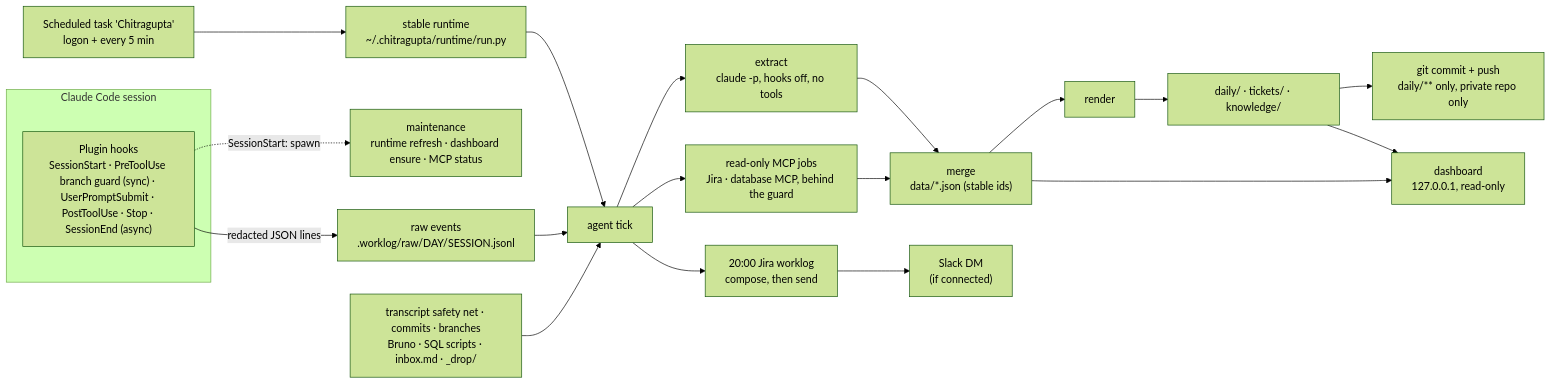
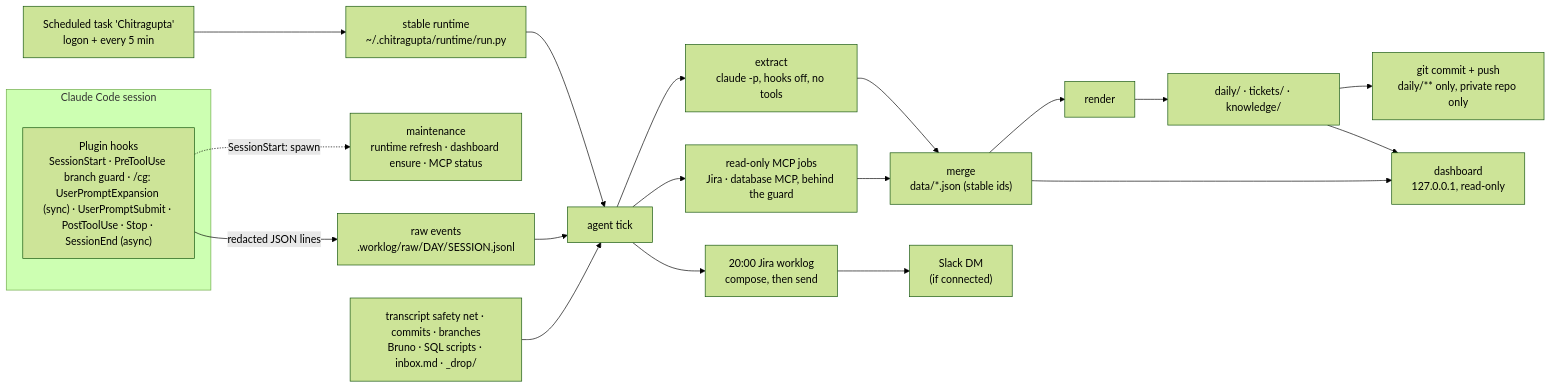
Before and after one commit to omkarjadhav-10/chitragupta: the diagram in docs/architecture.md, drawn with Mermaid (forest theme). The commit also changed other lines of this file and 8 other files, not shown here.

First line of the commit message:
FX-1: session guard keyed on prompt_id

````diff
--- a/docs/architecture.md
+++ b/docs/architecture.md
@@ -25,28 +25,28 @@
 ```mermaid
 flowchart LR
   subgraph CC["Claude Code session"]
-    H["Plugin hooks<br/>SessionStart · PreToolUse branch guard (sync) · UserPromptSubmit · PostToolUse · Stop · SessionEnd (async)"]
+    H["Plugin hooks<br/>SessionStart · PreToolUse branch guard · /cg: UserPromptExpansion (sync) · UserPromptSubmit · PostToolUse · Stop · SessionEnd (async)"]
   end
   H -->|"redacted JSON lines"| RAW["raw events<br/>.worklog/raw/DAY/SESSION.jsonl"]
   H -.->|"SessionStart: spawn"| MAINT["maintenance<br/>runtime refresh · dashboard ensure · MCP status"]
 
   TASK["Scheduled task 'Chitragupta'<br/>logon + every 5 min"] --> RUN["stable runtime<br/>~/.chitragupta/runtime/run.py"]
   RUN --> TICK["agent tick"]
 
   RAW --> TICK
   SRC["transcript safety net · commits · branches<br/>Bruno · SQL scripts · inbox.md · _drop/"] --> TICK
 
   TICK --> EX["extract<br/>claude -p, hooks off, no tools"]
   EX --> MERGE["merge<br/>data/*.json (stable ids)"]
   MERGE --> REN["render"]
   REN --> OUT["daily/ · tickets/ · knowledge/"]
 
   OUT --> GIT["git commit + push<br/>daily/** only, private repo only"]
   TICK --> JWL["20:00 Jira worklog<br/>compose, then send"]
   JWL --> SLACK["Slack DM<br/>(if connected)"]
   TICK --> MCP["read-only MCP jobs<br/>Jira · database MCP, behind the guard"]
   MCP --> MERGE
 
   OUT --> DASH["dashboard<br/>127.0.0.1, read-only"]
   MERGE --> DASH
 ```
````
